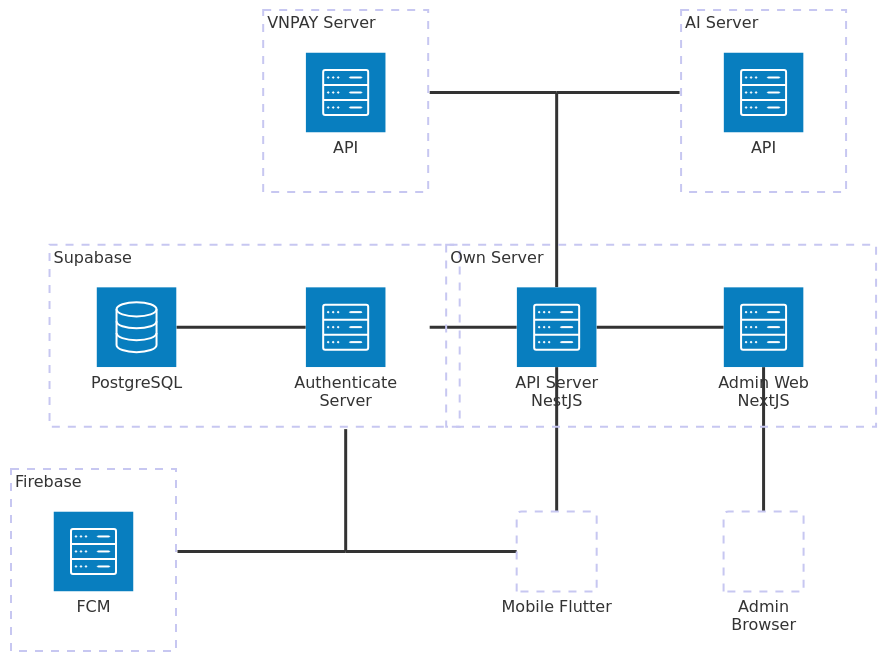
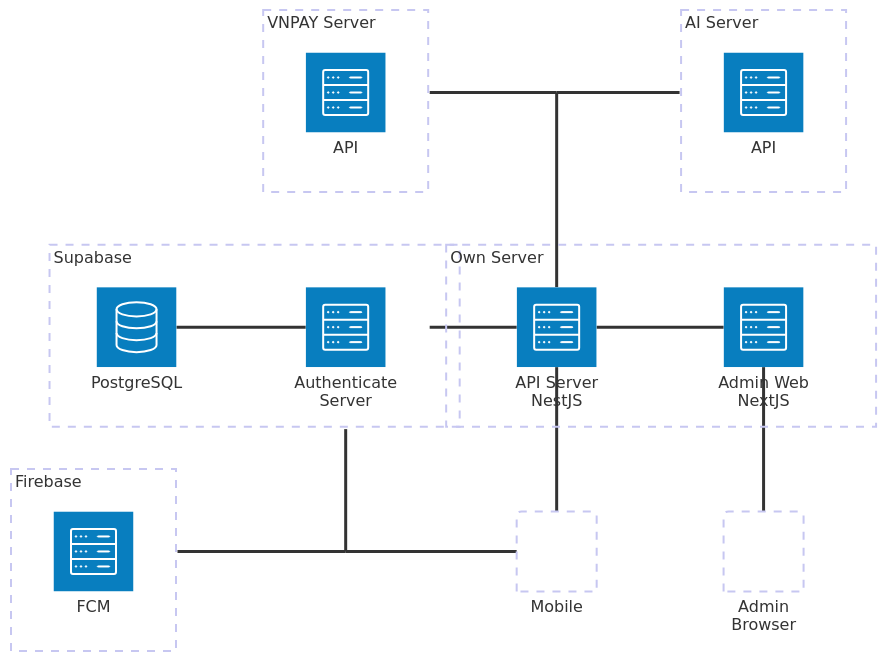
One commit to coinhub-uit/coinhub-uit.github.io changed the diagram in docs/diagrams/overall.md. Above: the diagram before and after it, drawn with Mermaid.

Commit message:
chore(overall): use `Mobile`, not specific to Flutter

````diff
--- a/docs/diagrams/overall.md
+++ b/docs/diagrams/overall.md
@@ -7,43 +7,43 @@
 ```mermaid
 architecture-beta
   group supabase[Supabase]
   service authentication_server(server)[Authenticate Server] in supabase
   service database(database)[PostgreSQL] in supabase
 
   group own_server[Own Server]
   service api_server(server)[API Server NestJS] in own_server
   service admin_web_server(server)[Admin Web NextJS] in own_server
 
   group firebase[Firebase]
   service fcm(server)[FCM] in firebase
 
   group ai_server[AI Server]
   service api_ai(server)[API] in ai_server
 
   group vnpay_server[VNPAY Server]
   service vnpay_api(server)[API] in vnpay_server
 
   junction junction_bot_left
 
   junction api_server_and_ai_vnpay
 
-  service mobile[Mobile Flutter]
+  service mobile[Mobile]
   service admin[Admin Browser]
 
   api_server:L -- R:authentication_server{group}
   authentication_server:L -- R:database
 
   admin_web_server:L -- R:api_server
 
   fcm{group}:R -- L:junction_bot_left
 
   api_server:T -- B:api_server_and_ai_vnpay
   api_ai{group}:L -- R:api_server_and_ai_vnpay
   vnpay_api{group}:R -- L:api_server_and_ai_vnpay
 
   admin:T -- B:admin_web_server
 
   mobile:T -- B:api_server
   mobile:L -- R:junction_bot_left
   junction_bot_left:T -- B:authentication_server{group}
 ```
````
